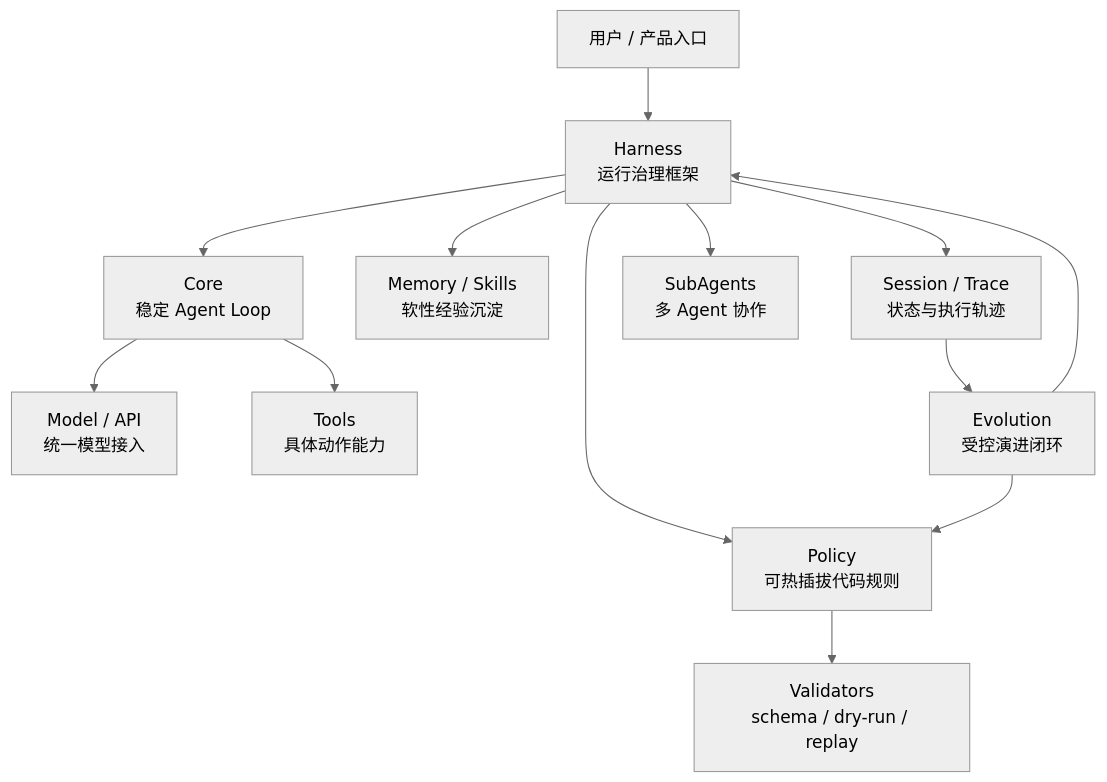
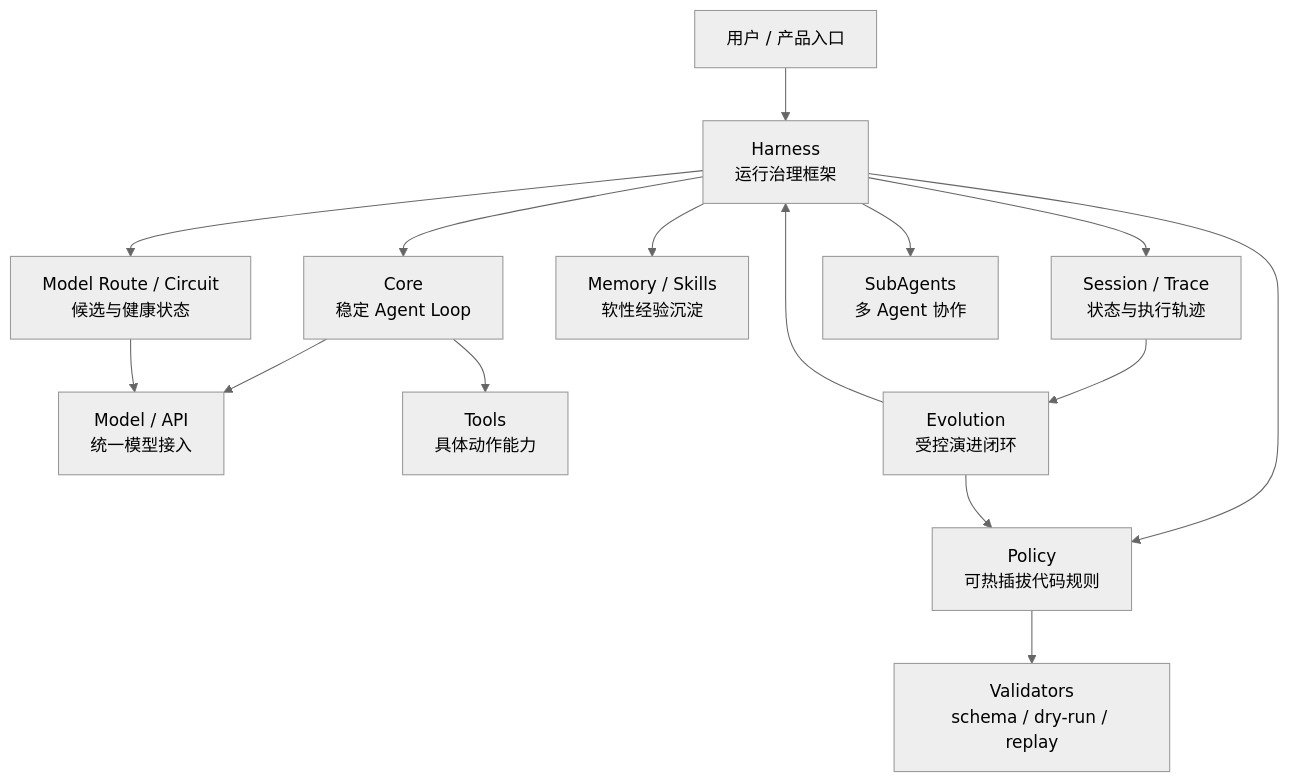
Before and after one commit to WeiSuanDi/EvoPi: the first of 2 diagrams in docs/design/GLOBAL_ARCHITECTURE.md, drawn with Mermaid (neutral theme). The commit also changed other lines of this file and 32 other files, not shown here.

````diff
--- a/docs/design/GLOBAL_ARCHITECTURE.md
+++ b/docs/design/GLOBAL_ARCHITECTURE.md
@@ -22,15 +22,17 @@
 ```mermaid
 flowchart TD
     User["用户 / 产品入口"] --> Harness["Harness<br/>运行治理框架"]
     Harness --> Core["Core<br/>稳定 Agent Loop"]
     Core --> Model["Model / API<br/>统一模型接入"]
+    Harness --> Routing["Model Route / Circuit<br/>候选与健康状态"]
+    Routing --> Model
     Core --> Tools["Tools<br/>具体动作能力"]
     Harness --> Policy["Policy<br/>可热插拔代码规则"]
     Harness --> Memory["Memory / Skills<br/>软性经验沉淀"]
     Harness --> Session["Session / Trace<br/>状态与执行轨迹"]
     Harness --> SubAgents["SubAgents<br/>多 Agent 协作"]
     Policy --> Validators["Validators<br/>schema / dry-run / replay"]
     Session --> Evolution["Evolution<br/>受控演进闭环"]
     Evolution --> Policy
     Evolution --> Harness
 ```
````
